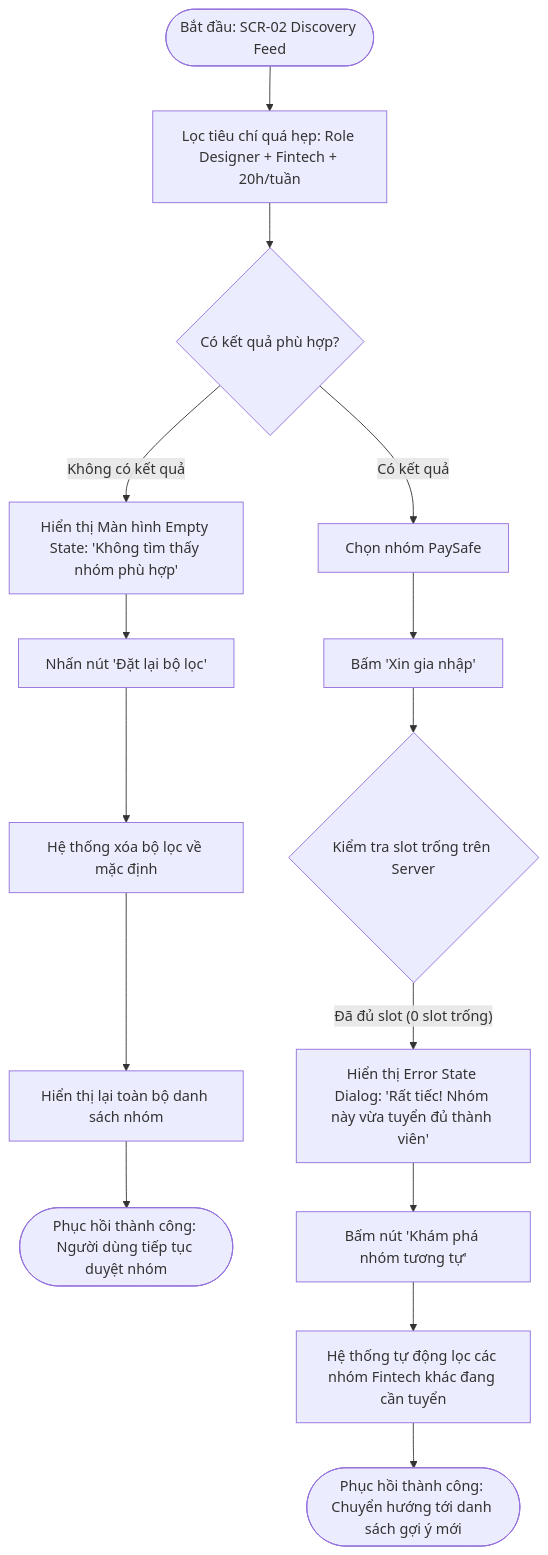
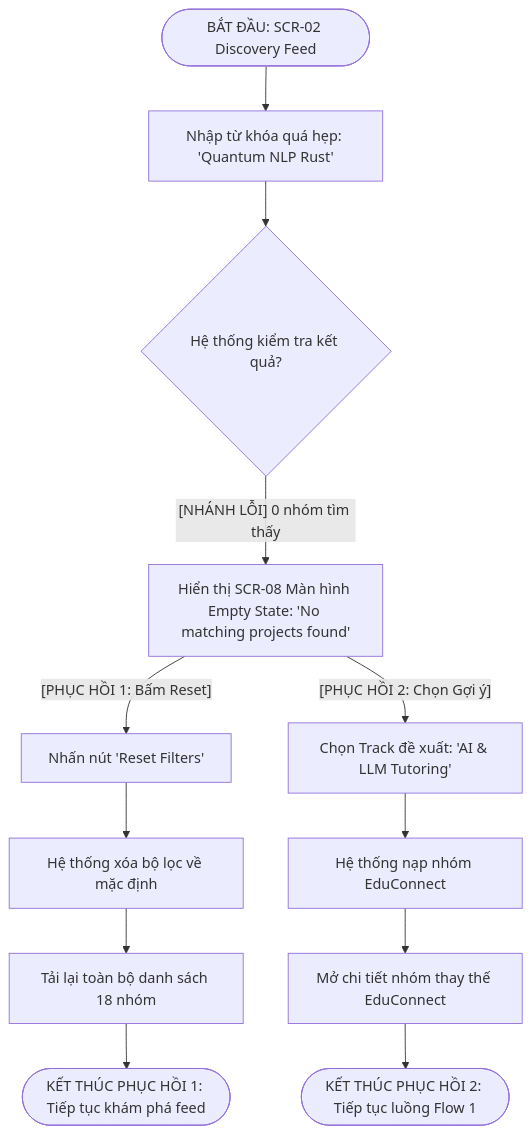
The third of 3 diagrams in ux/user-flow.md (LuTu-2004/prm323-lab2-group4), drawn with Mermaid before and after one commit. The commit also changed other lines of this file and 1 other file, not shown here.

Commit message:
docs: enrich user flows with explicit alternative and recovery branches per rubric

````diff
--- a/ux/user-flow.md
+++ b/ux/user-flow.md
@@ -94,19 +112,20 @@
 ```mermaid
 flowchart TD
-    Start([Bắt đầu: SCR-02 Discovery Feed]) --> ApplyStrictFilter[Lọc tiêu chí quá hẹp: Role Designer + Fintech + 20h/tuần]
-    ApplyStrictFilter --> CheckResult{Có kết quả phù hợp?}
-    
-    CheckResult -- Không có kết quả --> EmptyState[Hiển thị Màn hình Empty State: 'Không tìm thấy nhóm phù hợp']
-    EmptyState --> Recovery1[Nhấn nút 'Đặt lại bộ lọc']
-    Recovery1 --> ResetFilter[Hệ thống xóa bộ lọc về mặc định]
-    ResetFilter --> ShowAll[Hiển thị lại toàn bộ danh sách nhóm]
-    ShowAll --> EndRecover1([Phục hồi thành công: Người dùng tiếp tục duyệt nhóm])
+    Start([BẮT ĐẦU: SCR-02 Discovery Feed]) --> ApplyStrictFilter[Nhập từ khóa quá hẹp: 'Quantum NLP Rust']
+    ApplyStrictFilter --> CheckResult{Hệ thống kiểm tra kết quả?}
 
-    CheckResult -- Có kết quả --> SelectGroup[Chọn nhóm PaySafe]
-    SelectGroup --> ClickJoin[Bấm 'Xin gia nhập']
-    ClickJoin --> ServerValidate{Kiểm tra slot trống trên Server}
-    ServerValidate -- Đã đủ slot (0 slot trống) --> ErrorDialog[Hiển thị Error State Dialog: 'Rất tiếc! Nhóm này vừa tuyển đủ thành viên']
-    ErrorDialog --> Recovery2[Bấm nút 'Khám phá nhóm tương tự']
-    Recovery2 --> SuggestAlternative[Hệ thống tự động lọc các nhóm Fintech khác đang cần tuyển]
-    SuggestAlternative --> EndRecover2([Phục hồi thành công: Chuyển hướng tới danh sách gợi ý mới])
+    %% Nhánh lỗi (Error Branch)
+    CheckResult -- [NHÁNH LỖI] 0 nhóm tìm thấy --> EmptyState[Hiển thị SCR-08 Màn hình Empty State: 'No matching projects found']
+
+    %% Nhánh phục hồi 1 (Recovery Branch A)
+    EmptyState -- [PHỤC HỒI 1: Bấm Reset] --> ClickReset[Nhấn nút 'Reset Filters']
+    ClickReset --> ClearFilter[Hệ thống xóa bộ lọc về mặc định]
+    ClearFilter --> ShowAll[Tải lại toàn bộ danh sách 18 nhóm]
+    ShowAll --> EndRecover1([KẾT THÚC PHỤC HỒI 1: Tiếp tục khám phá feed])
+
+    %% Nhánh phục hồi 2 (Recovery Branch B)
+    EmptyState -- [PHỤC HỒI 2: Chọn Gợi ý] --> ClickSuggest[Chọn Track đề xuất: 'AI & LLM Tutoring']
+    ClickSuggest --> LoadAlternate[Hệ thống nạp nhóm EduConnect]
+    LoadAlternate --> ViewGroup[Mở chi tiết nhóm thay thế EduConnect]
+    ViewGroup --> EndRecover2([KẾT THÚC PHỤC HỒI 2: Tiếp tục luồng Flow 1])
 ```
````
